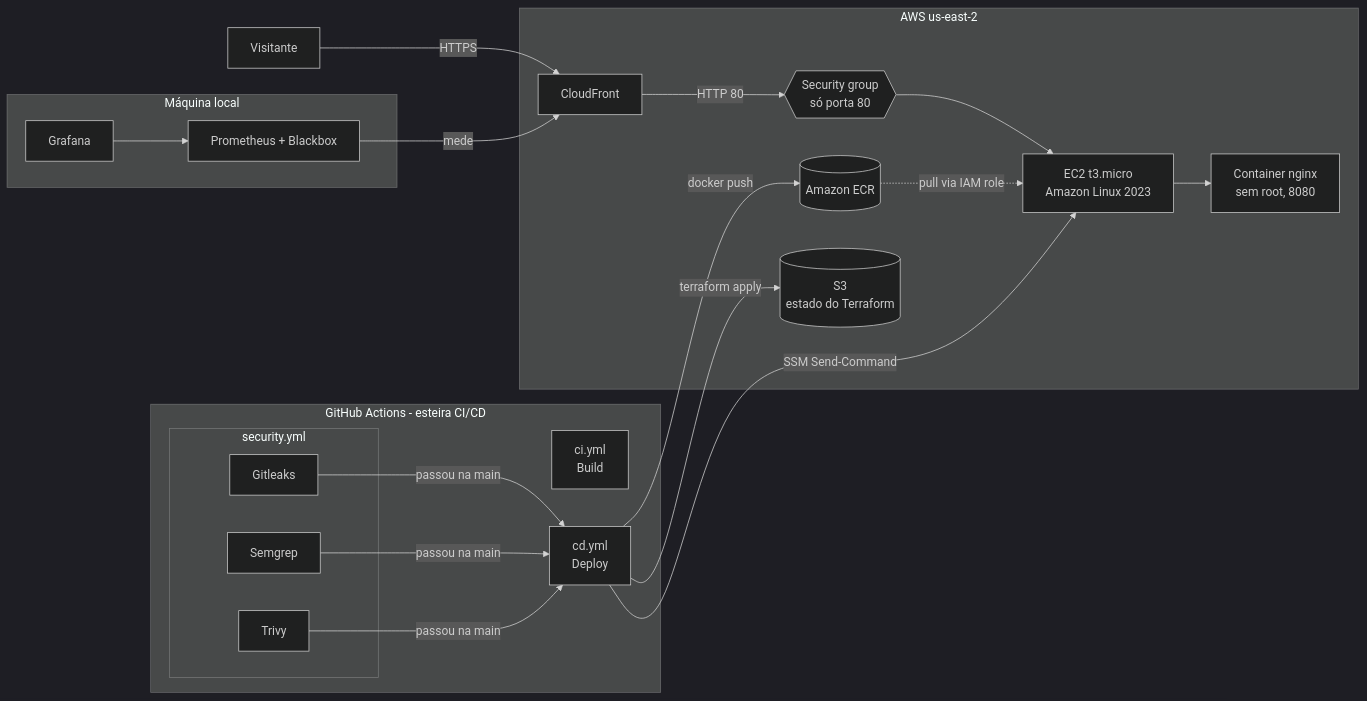
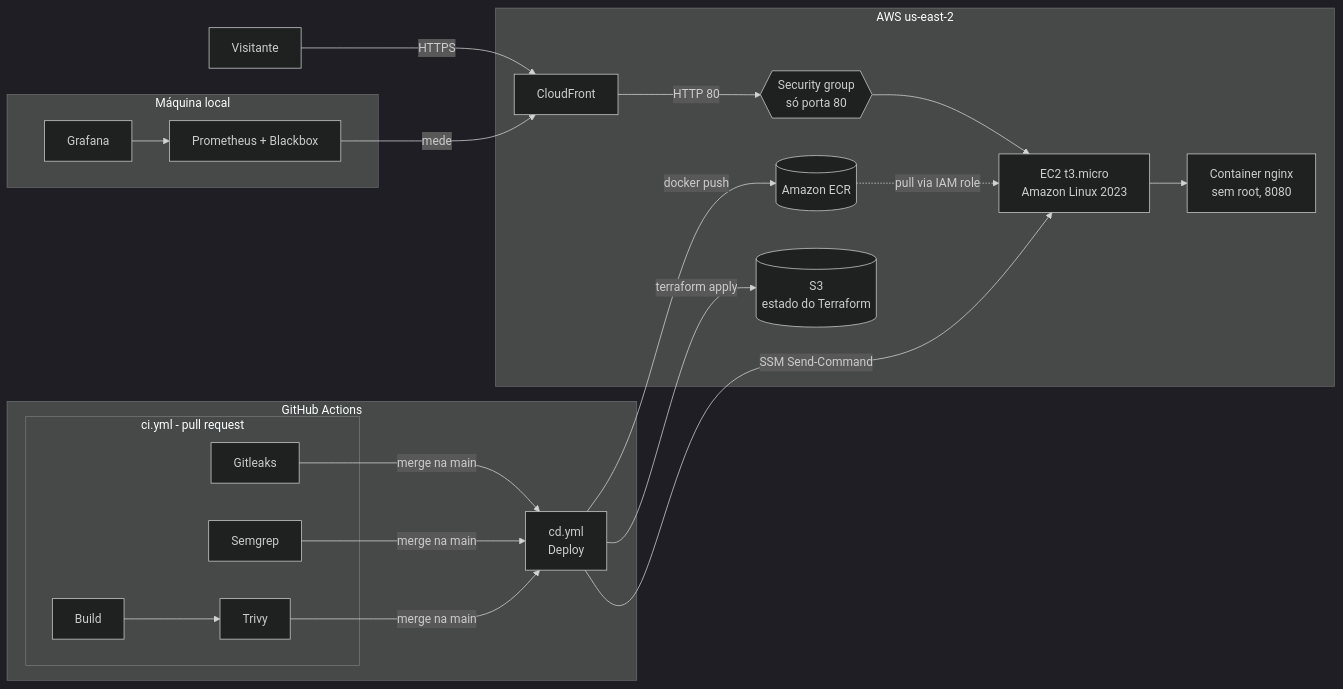
Before and after one commit to kaikyalvaro1708/inclui-gs: the diagram in README.md, drawn with Mermaid (dark theme). The commit also changed other lines of this file and 3 other files, not shown here.

````diff
--- a/README.md
+++ b/README.md
@@ -28,27 +28,26 @@
 ```mermaid
 flowchart LR
     V[Visitante] -- HTTPS --> CF[CloudFront]
     subgraph AWS us-east-2
         CF -- HTTP 80 --> SG{{Security group<br/>só porta 80}}
         SG --> EC2[EC2 t3.micro<br/>Amazon Linux 2023]
         EC2 --> C[Container nginx<br/>sem root, 8080]
         ECR[(Amazon ECR)] -. pull via IAM role .-> EC2
         S3[(S3<br/>estado do Terraform)]
     end
-    subgraph "GitHub Actions - esteira CI/CD"
-        CI[ci.yml<br/>Build]
-        subgraph security.yml
+    subgraph "GitHub Actions"
+        subgraph "ci.yml - pull request"
+            B[Build] --> T[Trivy]
             GL[Gitleaks]
             SG2[Semgrep]
-            T[Trivy]
         end
-        GL & SG2 & T -- passou na main --> D[cd.yml<br/>Deploy]
+        GL & SG2 & T -- merge na main --> D[cd.yml<br/>Deploy]
     end
     D -- terraform apply --> S3
     D -- docker push --> ECR
     D -- SSM Send-Command --> EC2
     subgraph Máquina local
         P[Prometheus + Blackbox] -- mede --> CF
         G[Grafana] --> P
     end
 ```
````
